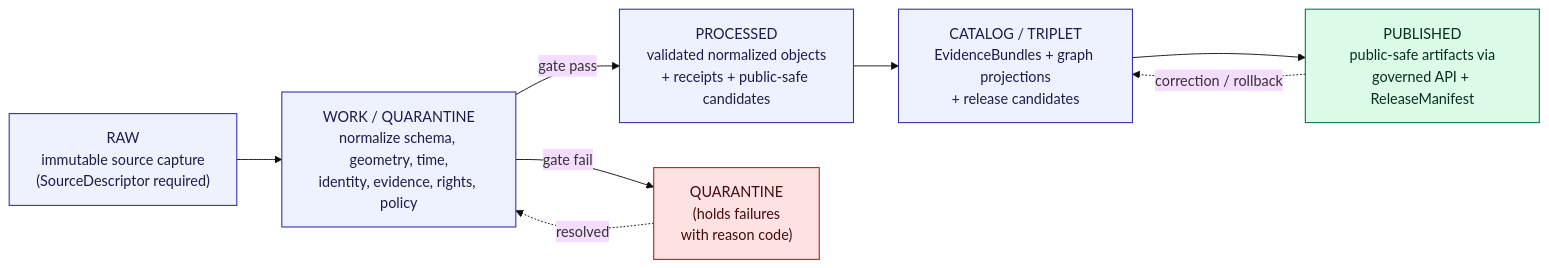
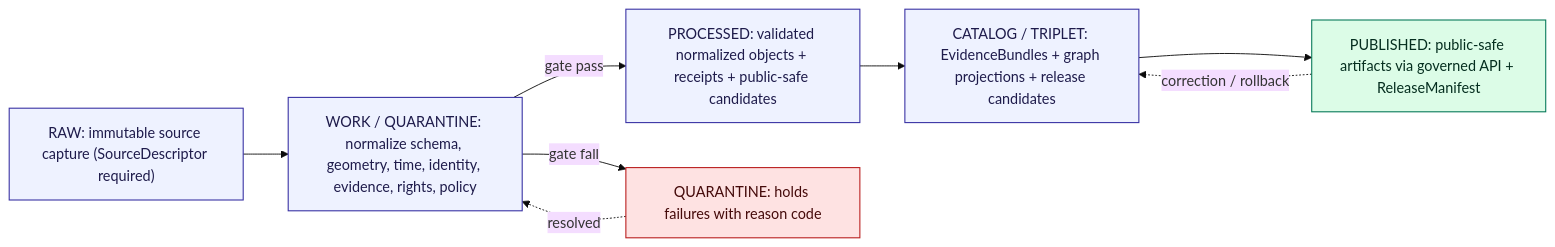
One commit to bartytime4life/Kansas-Frontier-Matrix changed the second of 2 diagrams in docs/domains/people-dna-land/README.md. Above: the diagram before and after it, drawn with Mermaid (base theme). The commit also changed other lines of this file, not shown here.

````diff
--- a/docs/domains/people-dna-land/README.md
+++ b/docs/domains/people-dna-land/README.md
@@ -376,25 +421,25 @@
 ```mermaid
 flowchart LR
-    RAW["RAW<br/>immutable source capture<br/>(SourceDescriptor required)"]
-    WQ["WORK / QUARANTINE<br/>normalize schema, geometry, time,<br/>identity, evidence, rights, policy"]
-    PROC["PROCESSED<br/>validated normalized objects<br/>+ receipts + public-safe candidates"]
-    CAT["CATALOG / TRIPLET<br/>EvidenceBundles + graph projections<br/>+ release candidates"]
-    PUB["PUBLISHED<br/>public-safe artifacts via<br/>governed API + ReleaseManifest"]
-    QUAR["QUARANTINE<br/>(holds failures<br/>with reason code)"]
+    RAW["RAW: immutable source capture (SourceDescriptor required)"]
+    WQ["WORK / QUARANTINE: normalize schema, geometry, time, identity, evidence, rights, policy"]
+    PROC["PROCESSED: validated normalized objects + receipts + public-safe candidates"]
+    CAT["CATALOG / TRIPLET: EvidenceBundles + graph projections + release candidates"]
+    PUB["PUBLISHED: public-safe artifacts via governed API + ReleaseManifest"]
+    QUAR["QUARANTINE: holds failures with reason code"]
 
     RAW --> WQ
-    WQ -->|gate pass| PROC
-    WQ -->|gate fail| QUAR
+    WQ -->|"gate pass"| PROC
+    WQ -->|"gate fail"| QUAR
     PROC --> CAT
     CAT --> PUB
-    PUB -. correction / rollback .-> CAT
-    QUAR -. resolved .-> WQ
+    PUB -. "correction / rollback" .-> CAT
+    QUAR -. "resolved" .-> WQ
 
     classDef phase fill:#eef2ff,stroke:#3730a3,stroke-width:1.2px,color:#1e1b4b
     classDef quar  fill:#fee2e2,stroke:#b91c1c,stroke-width:1.2px,color:#450a0a
     classDef pub   fill:#dcfce7,stroke:#047857,stroke-width:1.2px,color:#052e1f
 
     class RAW,WQ,PROC,CAT phase
     class QUAR quar
     class PUB pub
 ```
````
